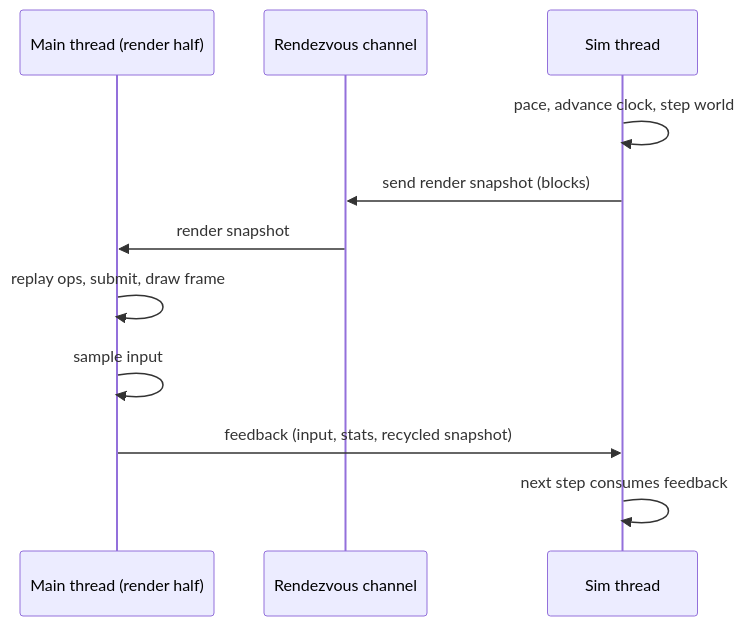
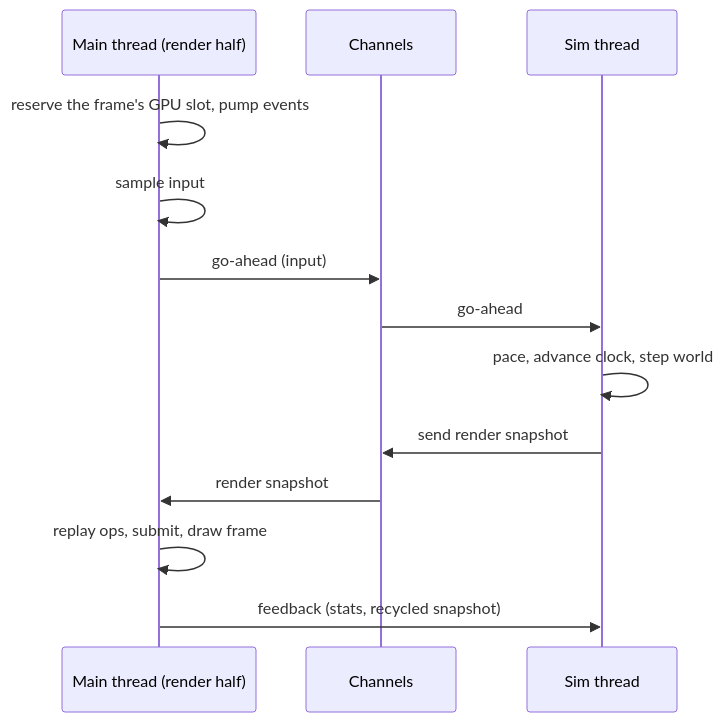
Before and after one commit to concinnitygg/concinnity: the fourth of 6 diagrams in docs/spec.md, drawn with Mermaid. The commit also changed other lines of this file and 59 other files, not shown here.

````diff
--- a/docs/spec.md
+++ b/docs/spec.md
@@ -1008,14 +1009,16 @@
 ```mermaid
 sequenceDiagram
     participant M as Main thread (render half)
-    participant C as Rendezvous channel
+    participant C as Channels
     participant S as Sim thread
 
+    M->>M: reserve the frame's GPU slot, pump events
+    M->>M: sample input
+    M->>C: go-ahead (input)
+    C->>S: go-ahead
     S->>S: pace, advance clock, step world
-    S->>C: send render snapshot (blocks)
+    S->>C: send render snapshot
     C->>M: render snapshot
     M->>M: replay ops, submit, draw frame
-    M->>M: sample input
-    M->>S: feedback (input, stats, recycled snapshot)
-    S->>S: next step consumes feedback
+    M->>S: feedback (stats, recycled snapshot)
 ```
````
